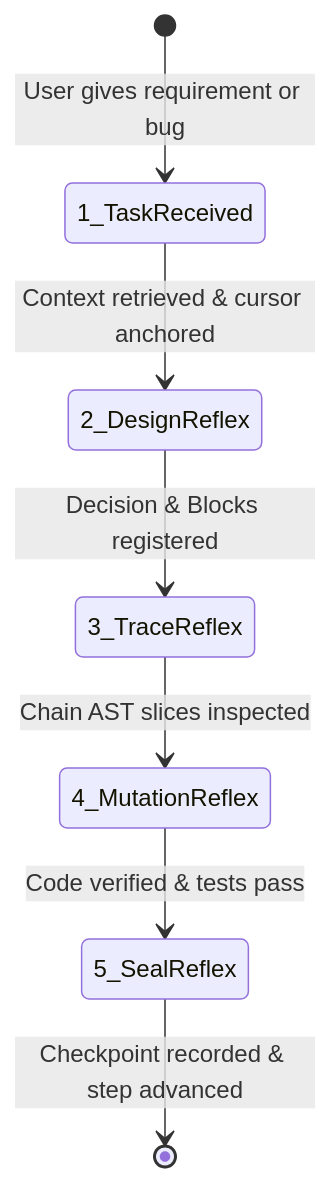
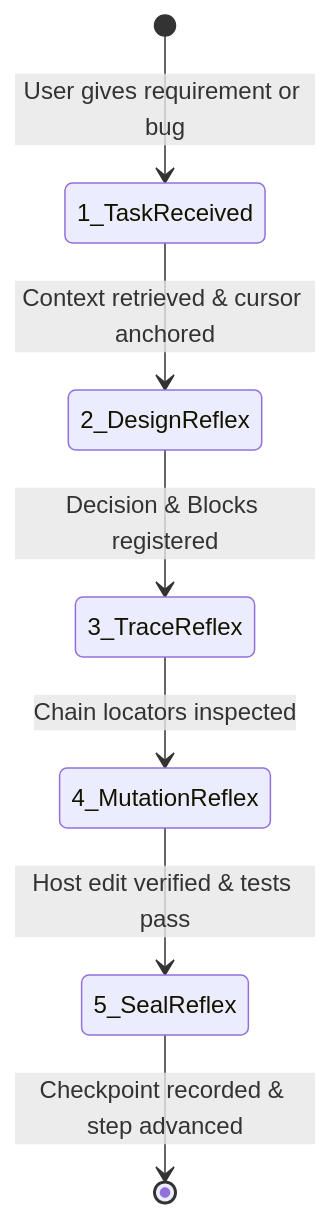
One commit to yubinbin32-ops/Mdflow changed the diagram in plugins/mdflow/skills/mdflow/SKILL.md. Above: the diagram before and after it, drawn with Mermaid. The commit also changed other lines of this file and 13 other files, not shown here.

````diff
--- a/plugins/mdflow/skills/mdflow/SKILL.md
+++ b/plugins/mdflow/skills/mdflow/SKILL.md
@@ -22,9 +22,9 @@
 ```mermaid
 stateDiagram-v2
     [*] --> 1_TaskReceived: User gives requirement or bug
     1_TaskReceived --> 2_DesignReflex: Context retrieved & cursor anchored
     2_DesignReflex --> 3_TraceReflex: Decision & Blocks registered
-    3_TraceReflex --> 4_MutationReflex: Chain AST slices inspected
-    4_MutationReflex --> 5_SealReflex: Code verified & tests pass
+    3_TraceReflex --> 4_MutationReflex: Chain locators inspected
+    4_MutationReflex --> 5_SealReflex: Host edit verified & tests pass
     5_SealReflex --> [*]: Checkpoint recorded & step advanced
 ```
````
